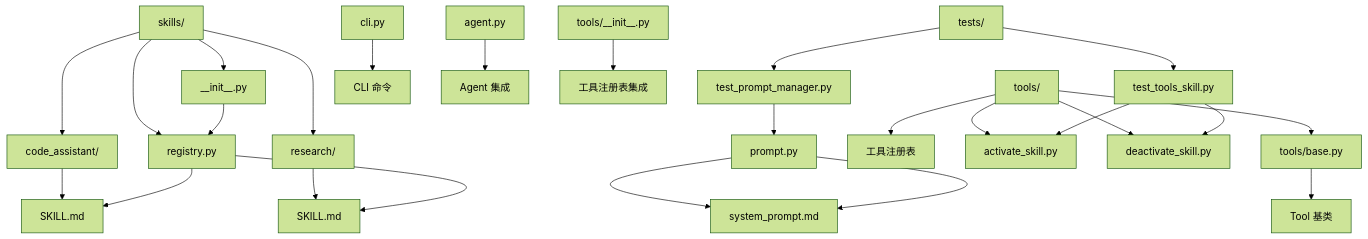
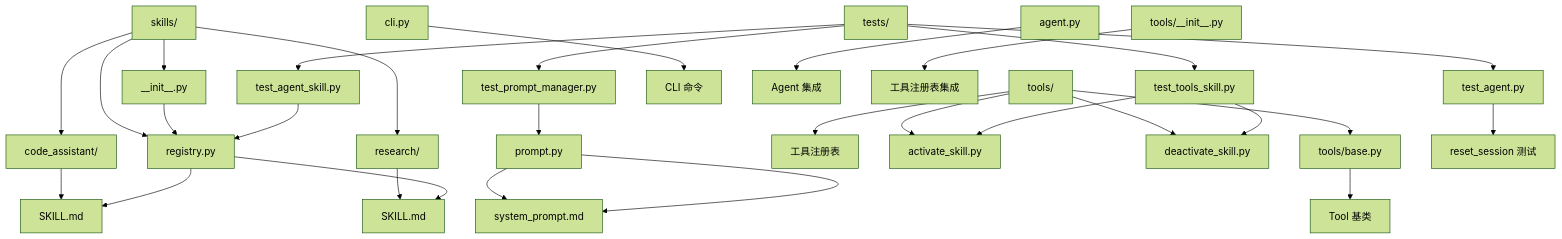
Before and after one commit to 250shiwo/MySmallAgent: the first of 11 diagrams in .qoder/repowiki/zh/content/核心模块详解/技能系统.md, drawn with Mermaid (forest theme). The commit also changed other lines of this file and 31 other files, not shown here.

````diff
--- a/.qoder/repowiki/zh/content/核心模块详解/技能系统.md
+++ b/.qoder/repowiki/zh/content/核心模块详解/技能系统.md
@@ -63,27 +69,31 @@
 ```mermaid
 graph TD
 A[skills/] --> B[__init__.py]
 A --> C[registry.py]
 A --> D[code_assistant/]
 A --> E[research/]
 D --> F[SKILL.md]
 E --> G[SKILL.md]
 H[prompt.py] --> I[system_prompt.md]
 J[tools/] --> K[工具注册表]
 J --> L[activate_skill.py]
 J --> M[deactivate_skill.py]
 N[tools/base.py] --> O[Tool 基类]
 P[tests/] --> Q[test_prompt_manager.py]
 P --> R[test_tools_skill.py]
+P --> S[test_agent_skill.py]
+P --> T[test_agent.py]
 B --> C
 C --> F
 C --> G
 H --> I
 J --> N
 Q --> H
 R --> L
 R --> M
-S[cli.py] --> T[CLI 命令]
-U[agent.py] --> V[Agent 集成]
-W[tools/__init__.py] --> X[工具注册表集成]
+S --> C
+T --> U[reset_session 测试]
+V[cli.py] --> W[CLI 命令]
+X[agent.py] --> Y[Agent 集成]
+Z[tools/__init__.py] --> AA[工具注册表集成]
 ```
````
